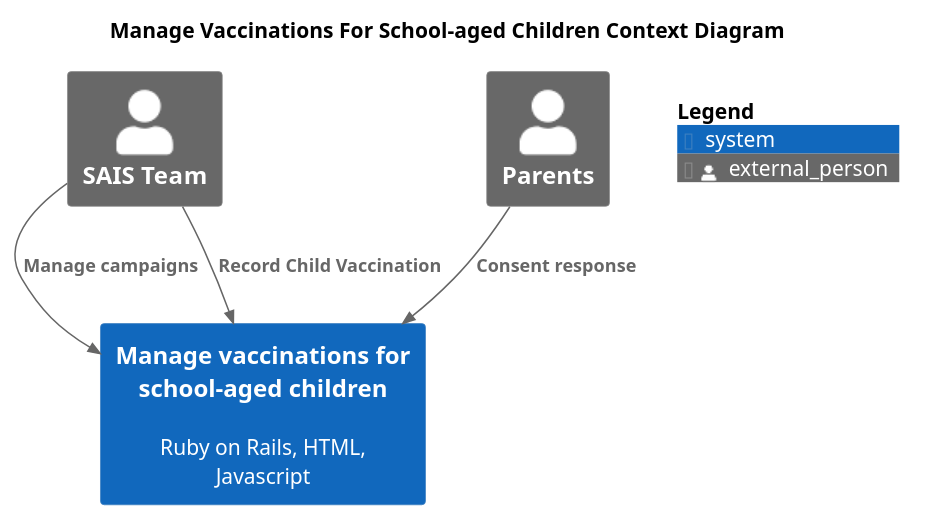
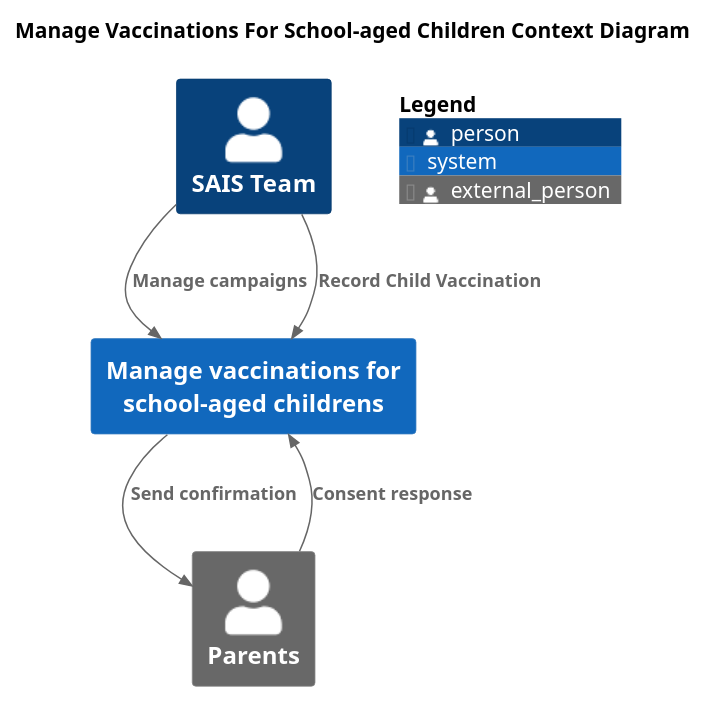
Before and after one commit to nhsuk/manage-vaccinations-in-schools: the diagram in docs/diagrams/context-view.puml, drawn with PlantUML.

Commit message:
Update the architectural context diagram

```diff
--- a/docs/diagrams/context-view.puml
+++ b/docs/diagrams/context-view.puml
@@ -1,22 +1,23 @@
 @startuml
 
 !include <C4/C4_Context.puml>
 
 LAYOUT_TOP_DOWN()
 
 title "Manage Vaccinations For School-aged Children Context Diagram"
 
-Person_Ext(sais, "SAIS Team")
+Person(sais, "SAIS Team")
 Person_Ext(parents, "Parents")
 
-System(manage, "Manage vaccinations for school-aged children", "Ruby on Rails, HTML, Javascript")
+System(manage, "Manage vaccinations for school-aged childrens")
 
 AddRelTag("optional", $textColor="black", $lineColor="black", $lineStyle="dashed")
 
 Rel(sais, manage, "Manage campaigns")
 Rel(sais, manage, "Record Child Vaccination")
 Rel(parents, manage, "Consent response")
+Rel(manage, parents, "Send confirmation")
 
 SHOW_FLOATING_LEGEND()
 
 @enduml
```
